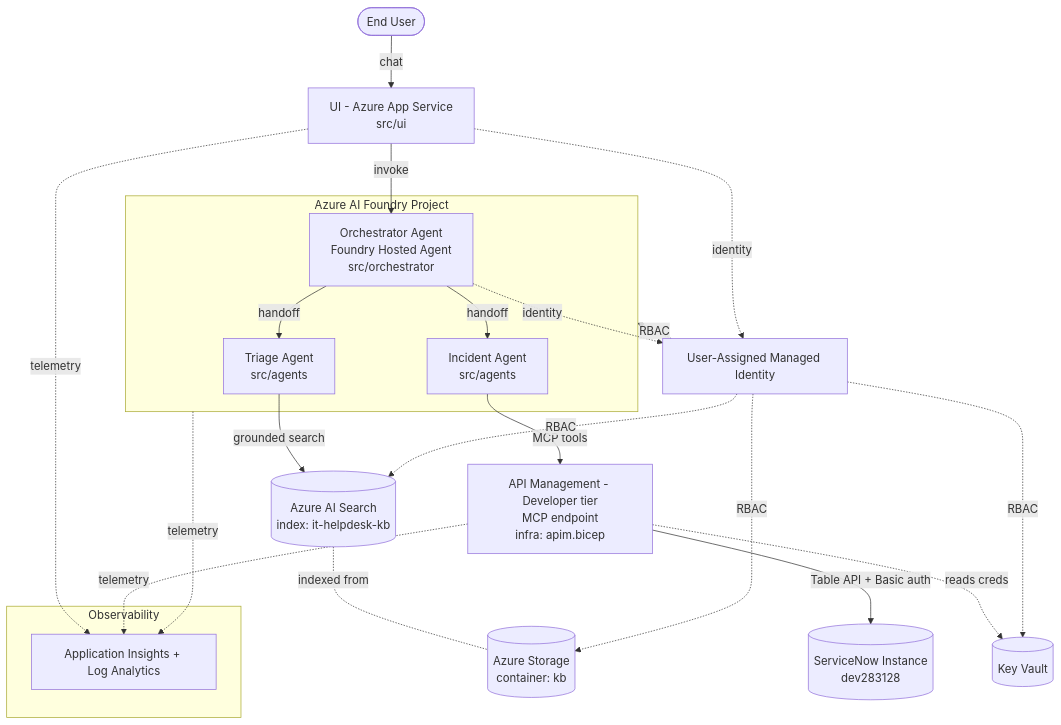
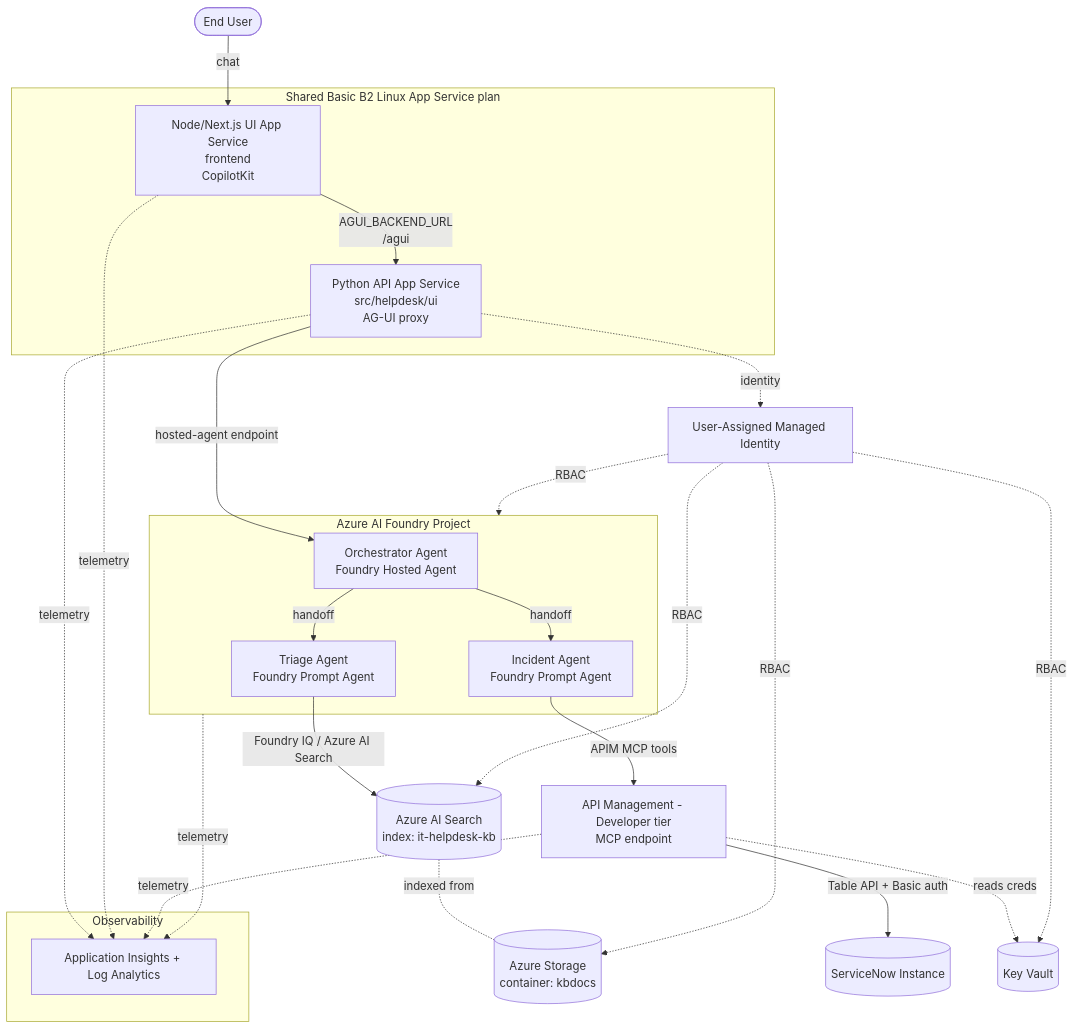
One commit to abKrazy/ITHelpdesk changed the diagram in ARCHITECTURE.md. Above: the diagram before and after it, drawn with Mermaid. The commit also changed other lines of this file and 4 other files, not shown here.

````diff
--- a/ARCHITECTURE.md
+++ b/ARCHITECTURE.md
@@ -19,25 +22,30 @@
 ```mermaid
 flowchart TD
-    User([End User]) -->|chat| UI[UI - Azure App Service<br/>src/ui]
-    UI -->|invoke| ORCH[Orchestrator Agent<br/>Foundry Hosted Agent<br/>src/orchestrator]
+    User([End User]) -->|chat| UI[Node/Next.js UI App Service<br/>frontend<br/>CopilotKit]
+    UI -->|AGUI_BACKEND_URL<br/>/agui| API[Python API App Service<br/>src/helpdesk/ui<br/>AG-UI proxy]
+    API -->|hosted-agent endpoint| ORCH[Orchestrator Agent<br/>Foundry Hosted Agent]
 
     subgraph Foundry[Azure AI Foundry Project]
-        ORCH -->|handoff| TRIAGE[Triage Agent<br/>src/agents]
-        ORCH -->|handoff| INC[Incident Agent<br/>src/agents]
+        ORCH -->|handoff| TRIAGE[Triage Agent<br/>Foundry Prompt Agent]
+        ORCH -->|handoff| INC[Incident Agent<br/>Foundry Prompt Agent]
     end
 
-    TRIAGE -->|grounded search| SEARCH[(Azure AI Search<br/>index: it-helpdesk-kb)]
-    SEARCH -. indexed from .- STG[(Azure Storage<br/>container: kb)]
-    INC -->|MCP tools| APIM[API Management - Developer tier<br/>MCP endpoint<br/>infra: apim.bicep]
-    APIM -->|Table API + Basic auth| SNOW[(ServiceNow Instance<br/>dev283128)]
+    TRIAGE -->|Foundry IQ / Azure AI Search| SEARCH[(Azure AI Search<br/>index: it-helpdesk-kb)]
+    SEARCH -. indexed from .- STG[(Azure Storage<br/>container: kbdocs)]
+    INC -->|APIM MCP tools| APIM[API Management - Developer tier<br/>MCP endpoint]
+    APIM -->|Table API + Basic auth| SNOW[(ServiceNow Instance)]
     APIM -.reads creds.-> KV[(Key Vault)]
 
-    ORCH -.identity.-> MI[User-Assigned Managed Identity]
-    UI -.identity.-> MI
+    API -.identity.-> MI[User-Assigned Managed Identity]
     MI -.RBAC.-> SEARCH & STG & KV & Foundry
+
+    subgraph Plan[Shared Basic B2 Linux App Service plan]
+        API
+        UI
+    end
 
     subgraph Obs[Observability]
         AI[Application Insights + Log Analytics]
     end
-    UI & Foundry & APIM -.telemetry.-> AI
+    API & UI & Foundry & APIM -.telemetry.-> AI
 ```
````
